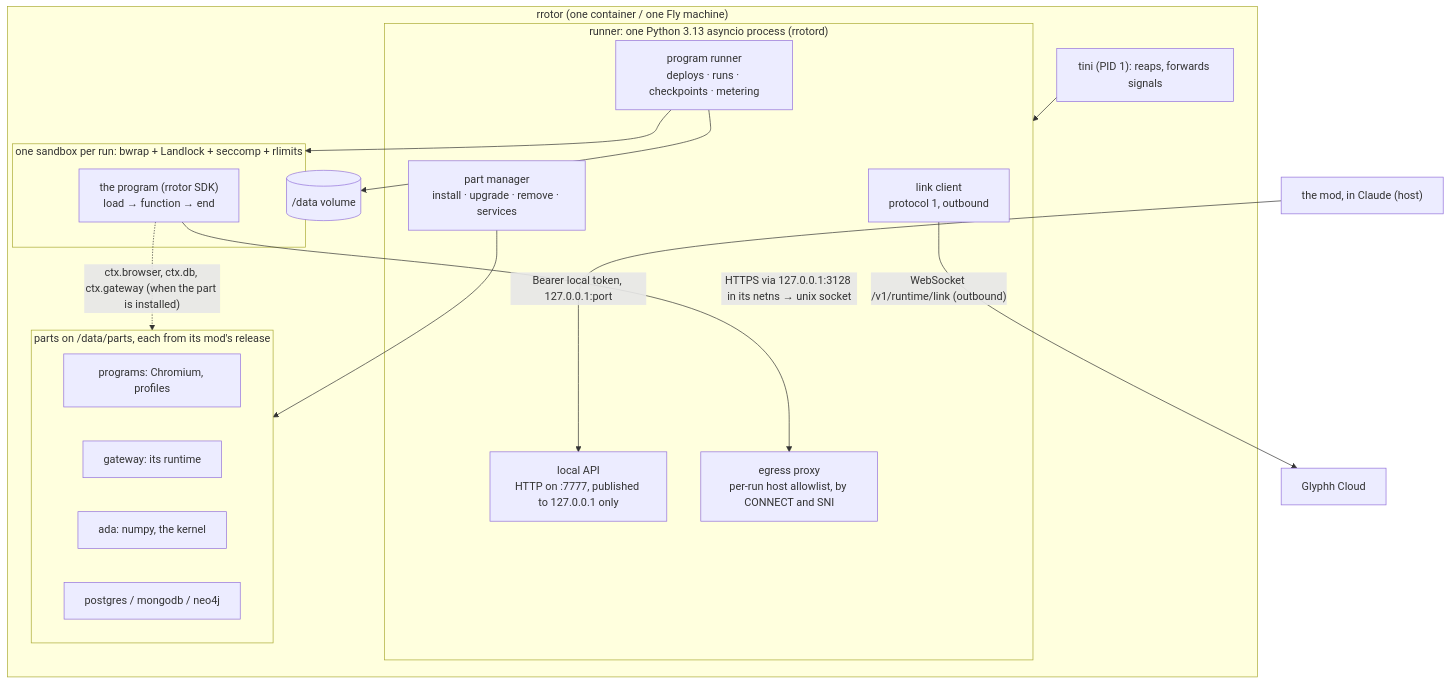
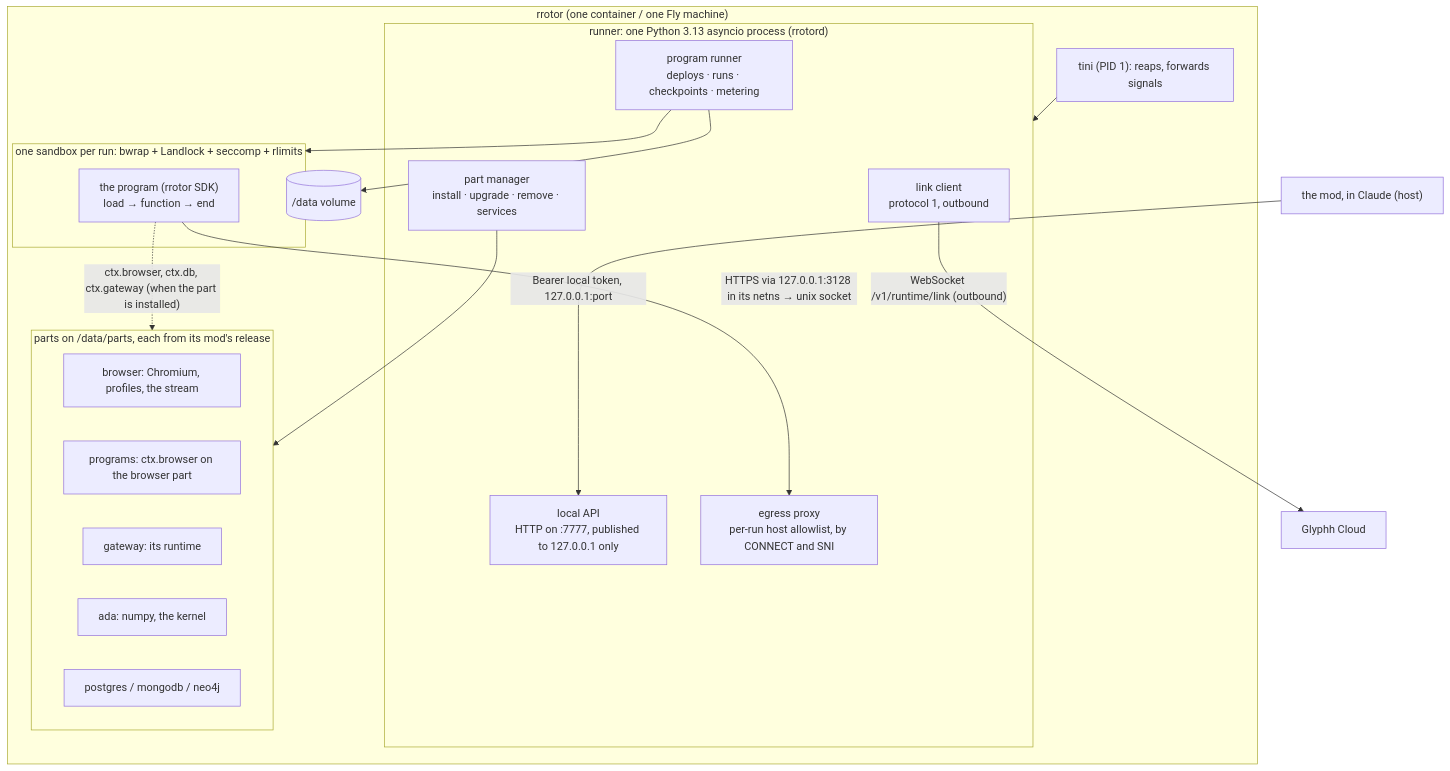
One commit to glyphh-ai/rrotor changed diagram 12 of 13 in docs/architecture.md. Above: the diagram before and after it, drawn with Mermaid. The commit also changed other lines of this file, not shown here.

Commit message:
Design: the mod installs rrotor (digest-pinned image, macOS container/OrbStack/Docker, Windows WSL2 designed, Linux designed); Workspaces needs no VM; rrotor's browser as a shared part speaking the Workspaces frame protocol; platforms per mod (Chris, 2026-10-15)

````diff
--- a/docs/architecture.md
+++ b/docs/architecture.md
@@ -471,33 +474,34 @@
 ```mermaid
 flowchart TB
     subgraph R["rrotor (one container / one Fly machine)"]
         Tini["tini (PID 1): reaps, forwards signals"]
         subgraph Runner["runner: one Python 3.13 asyncio process (rrotord)"]
             Link["link client<br/>protocol 1, outbound"]
             Local["local API<br/>HTTP on :7777, published to 127.0.0.1 only"]
             Engine["program runner<br/>deploys · runs · checkpoints · metering"]
             Proxy["egress proxy<br/>per-run host allowlist, by CONNECT and SNI"]
             Parts["part manager<br/>install · upgrade · remove · services"]
         end
         subgraph Sandbox["one sandbox per run: bwrap + Landlock + seccomp + rlimits"]
             Prog["the program (rrotor SDK)<br/>load → function → end"]
         end
         subgraph PartsBox["parts on /data/parts, each from its mod's release"]
-            PChrome["programs: Chromium, profiles"]
+            PBrowser["browser: Chromium, profiles, the stream"]
+            PChrome["programs: ctx.browser on the browser part"]
             PGateway["gateway: its runtime"]
             PAda["ada: numpy, the kernel"]
             PDB["postgres / mongodb / neo4j"]
         end
         Data[("/data volume")]
         Tini --> Runner
         Engine --> Sandbox
         Parts --> PartsBox
         Prog -- "HTTPS via 127.0.0.1:3128 in its netns → unix socket" --> Proxy
         Prog -. "ctx.browser, ctx.db, ctx.gateway (when the part is installed)" .-> PartsBox
         Engine --> Data
     end
     Mod["the mod, in Claude (host)"]
     Cloud["Glyphh Cloud"]
     Link -- "WebSocket /v1/runtime/link (outbound)" --> Cloud
     Mod -- "Bearer local token, 127.0.0.1:port" --> Local
 ```
````
